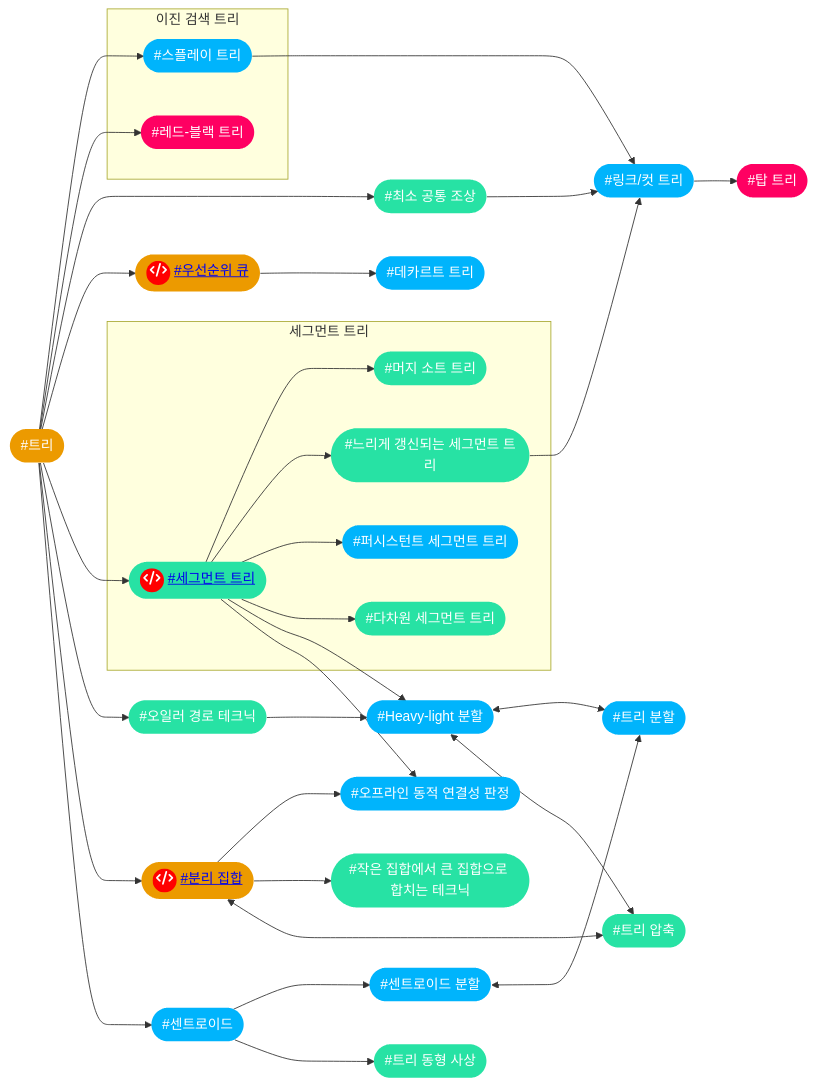
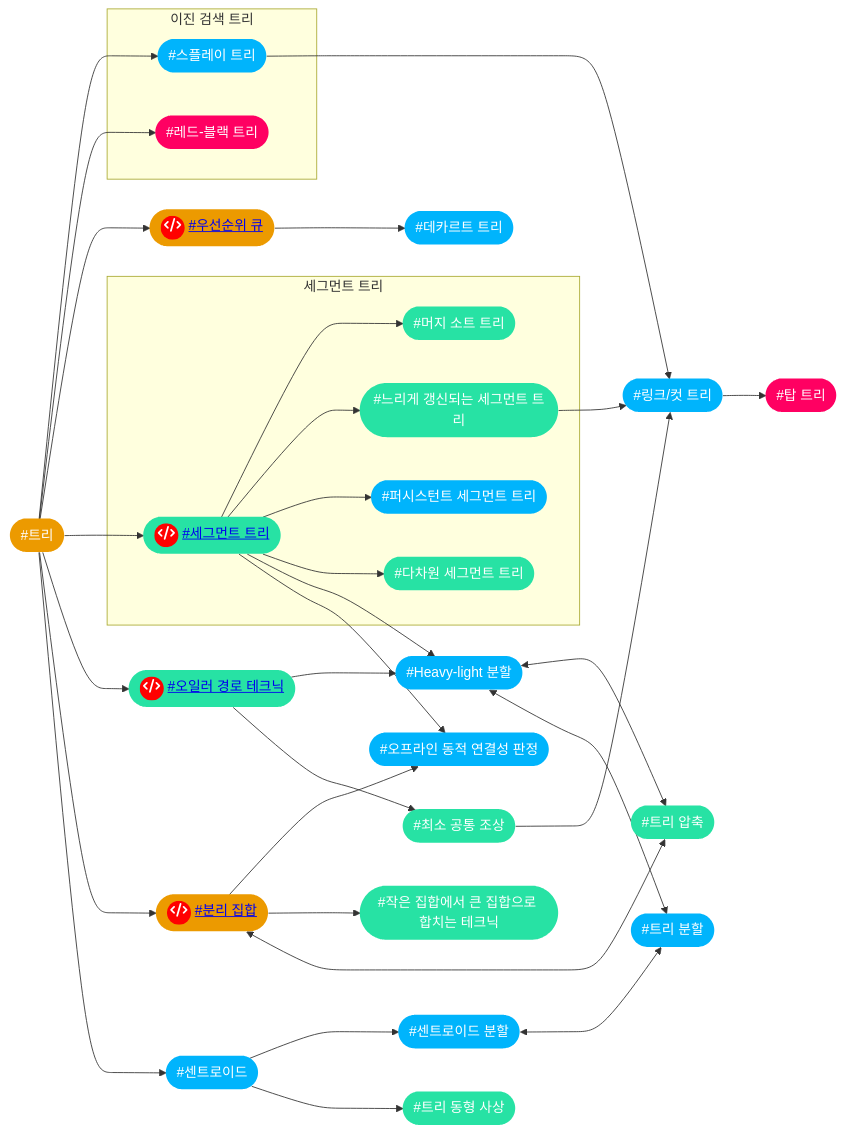
Before and after one commit to CHOYUNSIG/algorithm_with_boj: the sixth of 14 diagrams in index.md, drawn with Mermaid. The commit also changed 2 other files, not shown here.

Commit message:
포스트 업데이트

```diff
--- a/index.md
+++ b/index.md
@@ -228,76 +228,76 @@
 <pre class="mermaid">
     graph LR
 
     #trees --> #splay_tree
     #trees --> #rb_tree
-    #trees --> #lca
     #trees --> #priority_queue
     #trees --> #segtree
     #trees --> #euler_tour_technique
     #trees --> #disjoint_set
     #trees --> #centroid
     #priority_queue --> #cartesian_tree
     #lca --> #link_cut_tree
     #centroid --> #centroid_decomposition
     #centroid --> #tree_isomorphism
     #splay_tree --> #link_cut_tree
     #link_cut_tree --> #top_tree
-    #euler_tour_technique --> #hld
     #segtree --> #merge_sort_tree
     #segtree --> #lazyprop
     #segtree --> #pst
     #segtree --> #multi_segtree
     #segtree --> #hld
     #segtree --> #offline_dynamic_connectivity
+    #euler_tour_technique --> #hld
+    #euler_tour_technique --> #lca
     #lazyprop --> #link_cut_tree
-    #hld <--> #tree_decomposition
-    #hld <--> #tree_compression
-    #centroid_decomposition <--> #tree_decomposition
     #disjoint_set --> #offline_dynamic_connectivity
     #disjoint_set --> #smaller_to_larger
-    #disjoint_set <--> #tree_compression
+    #disjoint_set <--> #tree_compression 
+    #centroid_decomposition <--> #tree_decomposition 
+    #hld <--> #tree_compression
+    #hld <--> #tree_decomposition
 
     subgraph 이진 검색 트리
         #splay_tree
         #rb_tree
     end
 
     subgraph 세그먼트 트리
         #segtree
         #merge_sort_tree
         #lazyprop
         #pst
         #multi_segtree
     end
 
     #hld(["#Heavy-light 분할"]):::tier4
     #lazyprop(["#느리게 갱신되는 세그먼트 트리"]):::tier3
     #multi_segtree(["#다차원 세그먼트 트리"]):::tier3
     #cartesian_tree(["#데카르트 트리"]):::tier4
     #rb_tree(["#레드-블랙 트리"]):::tier5
     #link_cut_tree(["#링크/컷 트리"]):::tier4
     #merge_sort_tree(["#머지 소트 트리"]):::tier3
     #disjoint_set(["<span style="background-color: red; border-radius: 50%; display:inline-block; width:28px; height:28px">fa:fa-code</span> <a href="post/2024/01/13/disjoint_set.html">#분리 집합</a>"]):::tier2
     #segtree(["<span style="background-color: red; border-radius: 50%; display:inline-block; width:28px; height:28px">fa:fa-code</span> <a href="post/2024/01/11/segtree.html">#세그먼트 트리</a>"]):::tier3
     #centroid(["#센트로이드"]):::tier4
     #centroid_decomposition(["#센트로이드 분할"]):::tier4
     #splay_tree(["#스플레이 트리"]):::tier4
-    #euler_tour_technique(["#오일러 경로 테크닉"]):::tier3
+    #euler_tour_technique(["<span style="background-color: red; border-radius: 50%; display:inline-block; width:28px; height:28px">fa:fa-code</span> <a href="post/2024/01/18/euler_tour_technique.html">#오일러 경로 테크닉</a>"]):::tier3
     #offline_dynamic_connectivity(["#오프라인 동적 연결성 판정"]):::tier4
     #priority_queue(["<span style="background-color: red; border-radius: 50%; display:inline-block; width:28px; height:28px">fa:fa-code</span> <a href="post/2024/01/15/priority_queue.html">#우선순위 큐</a>"]):::tier2
     #smaller_to_larger(["#작은 집합에서 큰 집합으로 합치는 테크닉"]):::tier3
     #lca(["#최소 공통 조상"]):::tier3
     #top_tree(["#탑 트리"]):::tier5
     #trees(["#트리"]):::tier2
     #tree_isomorphism(["#트리 동형 사상"]):::tier3
     #tree_decomposition(["#트리 분할"]):::tier4
     #tree_compression(["#트리 압축"]):::tier3
     #pst(["#퍼시스턴트 세그먼트 트리"]):::tier4
 
     classDef tier0 fill:#ad5600, color:#fff, stroke:#0000
     classDef tier1 fill:#435f7a, color:#fff, stroke:#0000
     classDef tier2 fill:#ec9a00, color:#fff, stroke:#0000
     classDef tier3 fill:#27e2a4, color:#fff, stroke:#0000
     classDef tier4 fill:#00b4fc, color:#fff, stroke:#0000
     classDef tier5 fill:#ff0062, color:#fff, stroke:#0000
 </pre>
```
